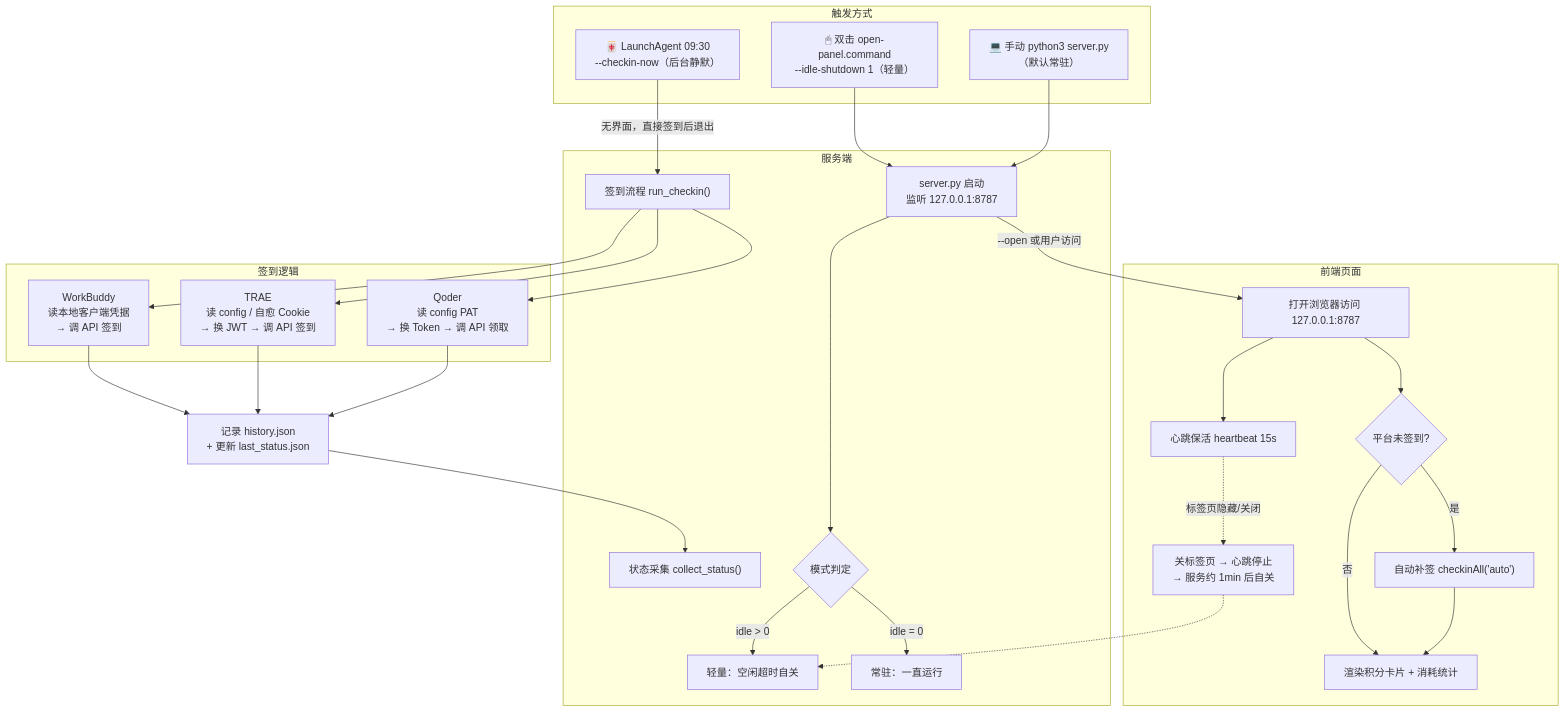
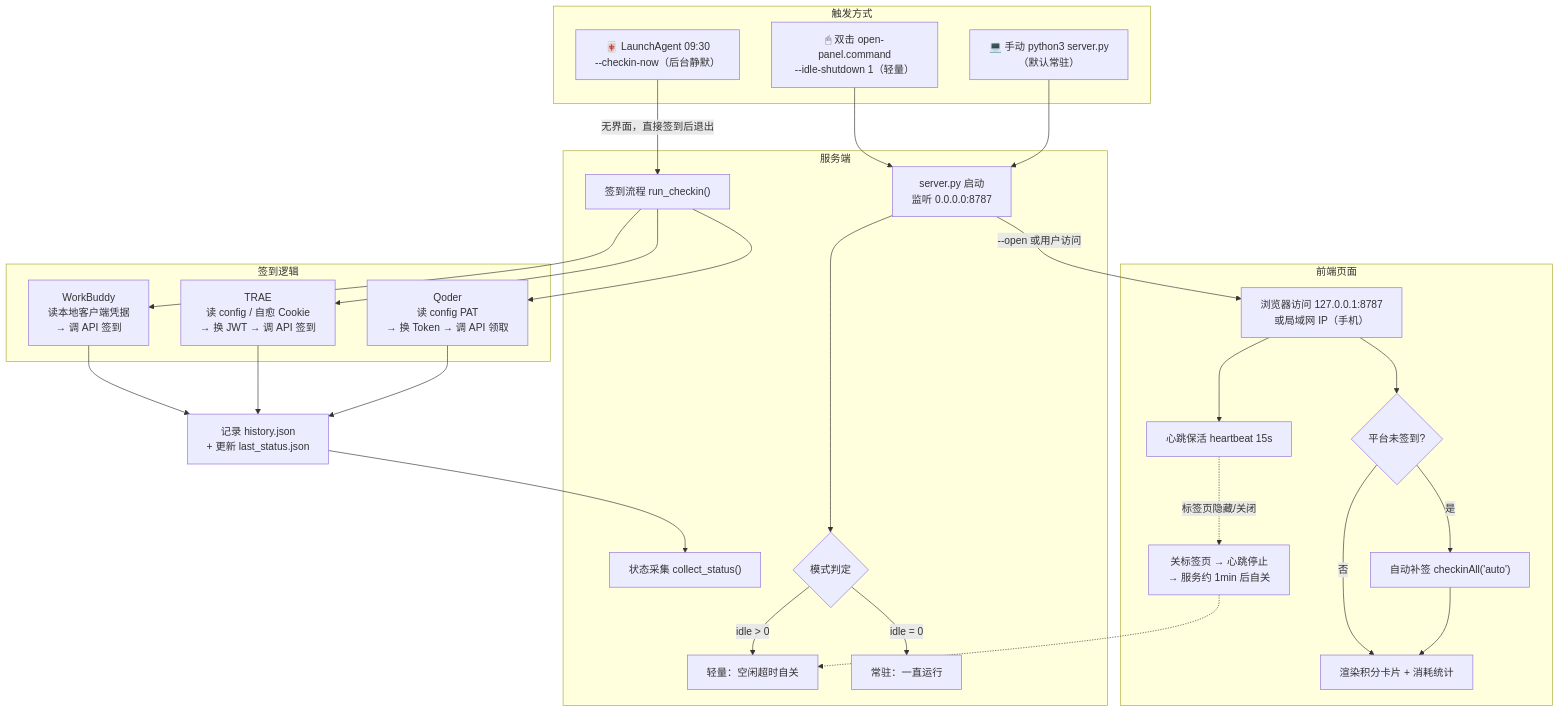
Before and after one commit to JUI456/One-click-sign-in-for-AI-agent: the diagram in README.md, drawn with Mermaid. The commit also changed other lines of this file and 5 other files, not shown here.

````diff
--- a/README.md
+++ b/README.md
@@ -7,55 +7,55 @@
 ```mermaid
 flowchart TD
     subgraph 触发方式
         A1["🀄 LaunchAgent 09:30<br/>--checkin-now（后台静默）"]
         A2["🖱 双击 open-panel.command<br/>--idle-shutdown 1（轻量）"]
         A3["💻 手动 python3 server.py<br/>（默认常驻）"]
     end
 
     subgraph 服务端
-        B["server.py 启动<br/>监听 127.0.0.1:8787"]
+        B["server.py 启动<br/>监听 0.0.0.0:8787"]
         B1["签到流程 run_checkin()"]
         B2["状态采集 collect_status()"]
         B3{"模式判定"}
         B4["轻量：空闲超时自关"]
         B5["常驻：一直运行"]
     end
 
     subgraph 签到逻辑
         C1["WorkBuddy<br/>读本地客户端凭据<br/>→ 调 API 签到"]
         C2["TRAE<br/>读 config / 自愈 Cookie<br/>→ 换 JWT → 调 API 签到"]
         C3["Qoder<br/>读 config PAT<br/>→ 换 Token → 调 API 领取"]
     end
 
     subgraph 前端页面
-        D1["打开浏览器访问 127.0.0.1:8787"]
+        D1["浏览器访问 127.0.0.1:8787<br/>或局域网 IP（手机）"]
         D2{"平台未签到?"}
         D3["自动补签 checkinAll('auto')"]
         D4["渲染积分卡片 + 消耗统计"]
         D5["心跳保活 heartbeat 15s"]
         D6["关标签页 → 心跳停止<br/>→ 服务约 1min 后自关"]
     end
 
     A1 -->|"无界面，直接签到后退出"| B1
     A2 --> B
     A3 --> B
     B --> B3
     B3 -->|idle > 0| B4
     B3 -->|idle = 0| B5
     B -->|"--open 或用户访问"| D1
     D1 --> D2
     D2 -->|是| D3
     D2 -->|否| D4
     D3 --> D4
     D1 --> D5
     D5 -.->|"标签页隐藏/关闭"| D6
     D6 -.-> B4
 
     B1 --> C1
     B1 --> C2
     B1 --> C3
     C1 --> R["记录 history.json<br/>+ 更新 last_status.json"]
     C2 --> R
     C3 --> R
     R --> B2
 ```
````
